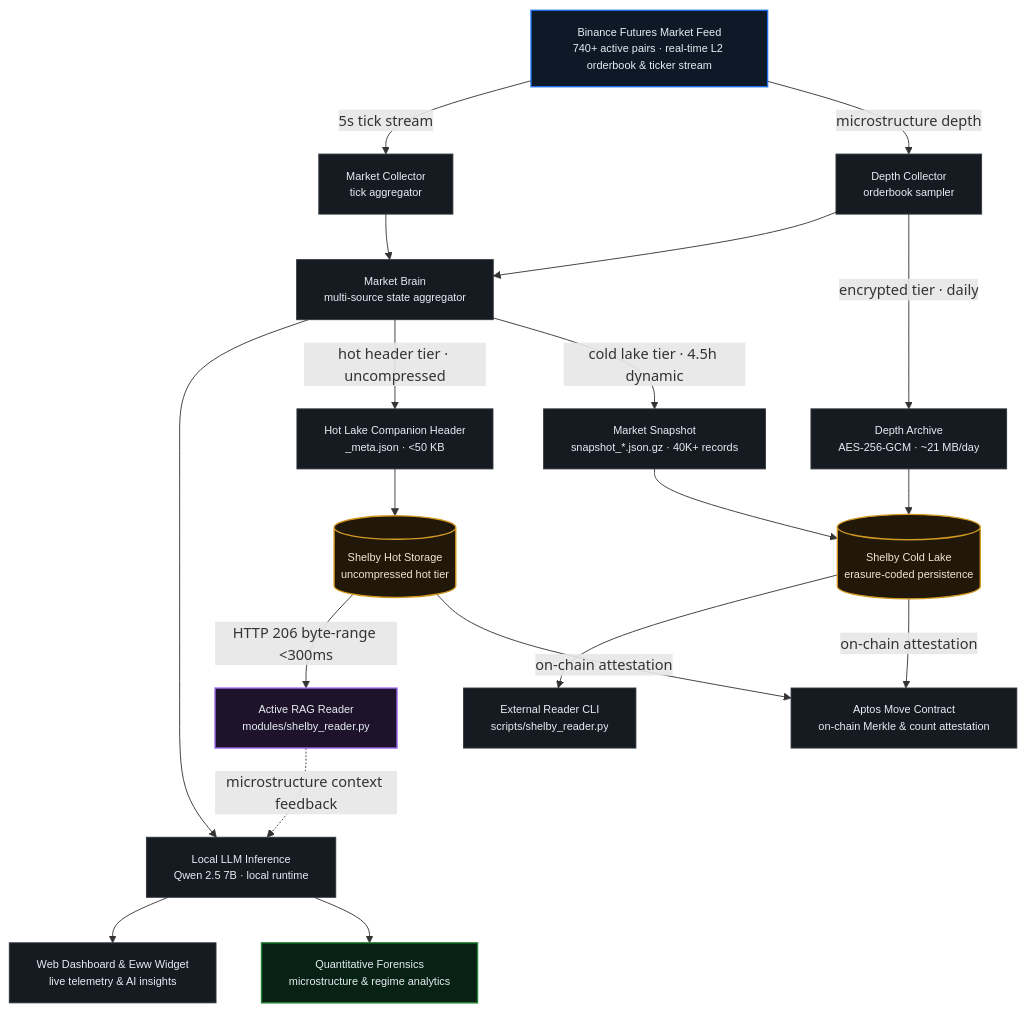
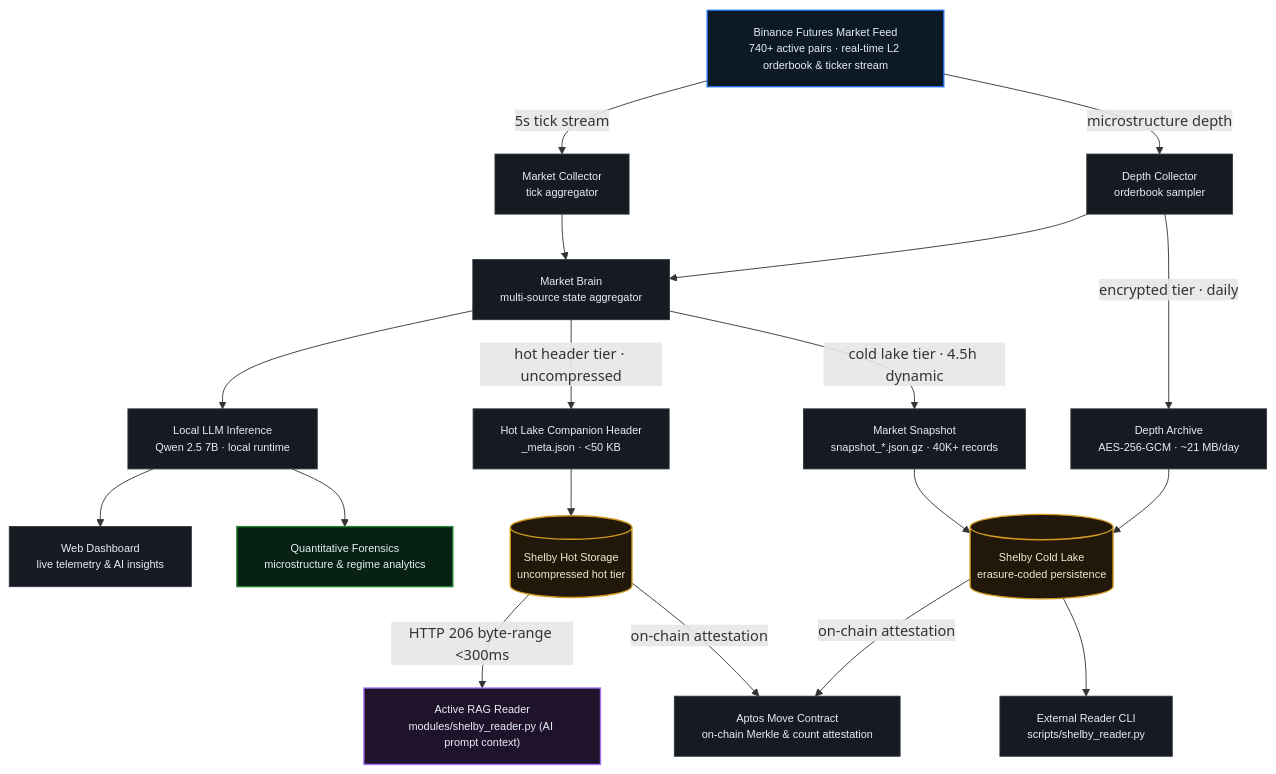
Before and after one commit to Assassinprotocol/hansen-ai-research-engine: the diagram in README.md, drawn with Mermaid. The commit also changed other lines of this file and 1 other file, not shown here.

Commit message:
update architecture diagram and uploader storage recovery

````diff
--- a/README.md
+++ b/README.md
@@ -141,46 +141,45 @@
 ```mermaid
 graph TD
     %% TIER 1: INGESTION
     FEED["Binance Futures Market Feed<br/>740+ active pairs · real-time L2 orderbook & ticker stream"]
 
     %% TIER 2: PARALLEL AGGREGATION
     FEED -->|5s tick stream| TICK["Market Collector<br/>tick aggregator"]
     FEED -->|microstructure depth| DEPTH["Depth Collector<br/>orderbook sampler"]
 
     %% TIER 3: INTELLIGENCE CORE
     TICK --> BRAIN["Market Brain<br/>multi-source state aggregator"]
     DEPTH --> BRAIN
     BRAIN --> LLM["Local LLM Inference<br/>Qwen 2.5 7B · local runtime"]
 
     %% TIER 4: OUTPUT & FORENSIC SPLIT
-    LLM --> DASH["Web Dashboard & Eww Widget<br/>live telemetry & AI insights"]
+    LLM --> DASH["Web Dashboard<br/>live telemetry & AI insights"]
     LLM --> FORENSIC["Quantitative Forensics<br/>microstructure & regime analytics"]
     BRAIN -->|hot header tier · uncompressed| META["Hot Lake Companion Header<br/>_meta.json · <50 KB"]
     BRAIN -->|cold lake tier · 4.5h dynamic| SNAP["Market Snapshot<br/>snapshot_*.json.gz · 40K+ records"]
     DEPTH -->|encrypted tier · daily| ARCH["Depth Archive<br/>AES-256-GCM · ~21 MB/day"]
 
     %% TIER 5: DECENTRALIZED PERSISTENCE (SHELBY PROTOCOL)
     META --> SHELBY_HOT[("Shelby Hot Storage<br/>uncompressed hot tier")]
     SNAP --> SHELBY_COLD[("Shelby Cold Lake<br/>erasure-coded persistence")]
     ARCH --> SHELBY_COLD
 
-    %% TIER 6: ACTIVE RAG & VERIFIABLE PROOF
-    SHELBY_HOT -->|HTTP 206 byte-range <300ms| RAG["Active RAG Reader<br/>modules/shelby_reader.py"]
-    RAG -.->|microstructure context feedback| LLM
+    %% TIER 6: CONSUMPTION & PROOF
+    SHELBY_HOT -->|HTTP 206 byte-range <300ms| RAG["Active RAG Reader<br/>modules/shelby_reader.py (AI prompt context)"]
     SHELBY_COLD --> CLI["External Reader CLI<br/>scripts/shelby_reader.py"]
     SHELBY_HOT -->|on-chain attestation| APTOS["Aptos Move Contract<br/>on-chain Merkle & count attestation"]
     SHELBY_COLD -->|on-chain attestation| APTOS
 
     classDef default font-family:sans-serif,font-size:12px;
     classDef nodeBase fill:#161b22,stroke:#30363d,color:#e6edf3,stroke-width:1px;
     classDef nodeFeed fill:#0d1926,stroke:#1f6feb,color:#e6edf3,stroke-width:1.5px;
     classDef nodeForensic fill:#072214,stroke:#238636,color:#e6edf3,stroke-width:1.5px;
     classDef nodeShelby fill:#21180a,stroke:#d29922,color:#f0e6d2,stroke-width:1.5px;
     classDef nodeRag fill:#1f132b,stroke:#a371f7,color:#e6edf3,stroke-width:1.5px;
 
     class FEED nodeFeed;
     class TICK,DEPTH,BRAIN,LLM,DASH,META,SNAP,ARCH,CLI,APTOS nodeBase;
     class FORENSIC nodeForensic;
     class SHELBY_HOT,SHELBY_COLD nodeShelby;
     class RAG nodeRag;
 ```
````
